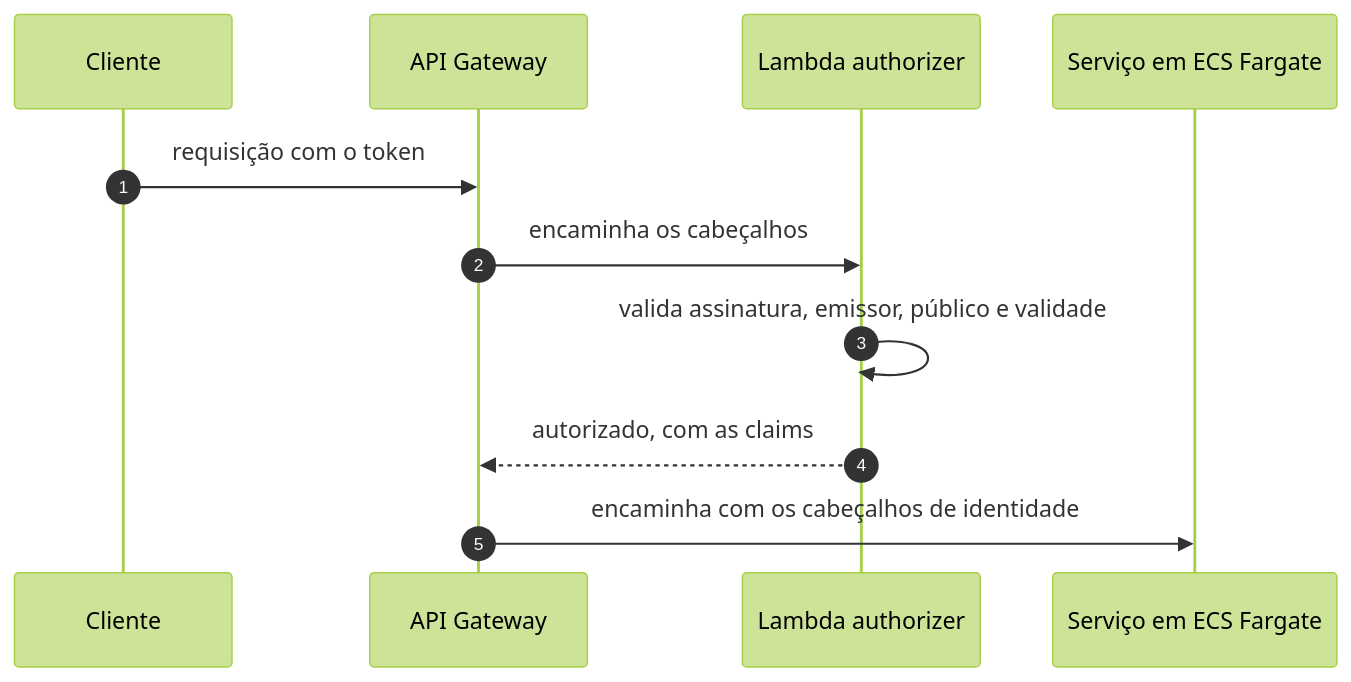
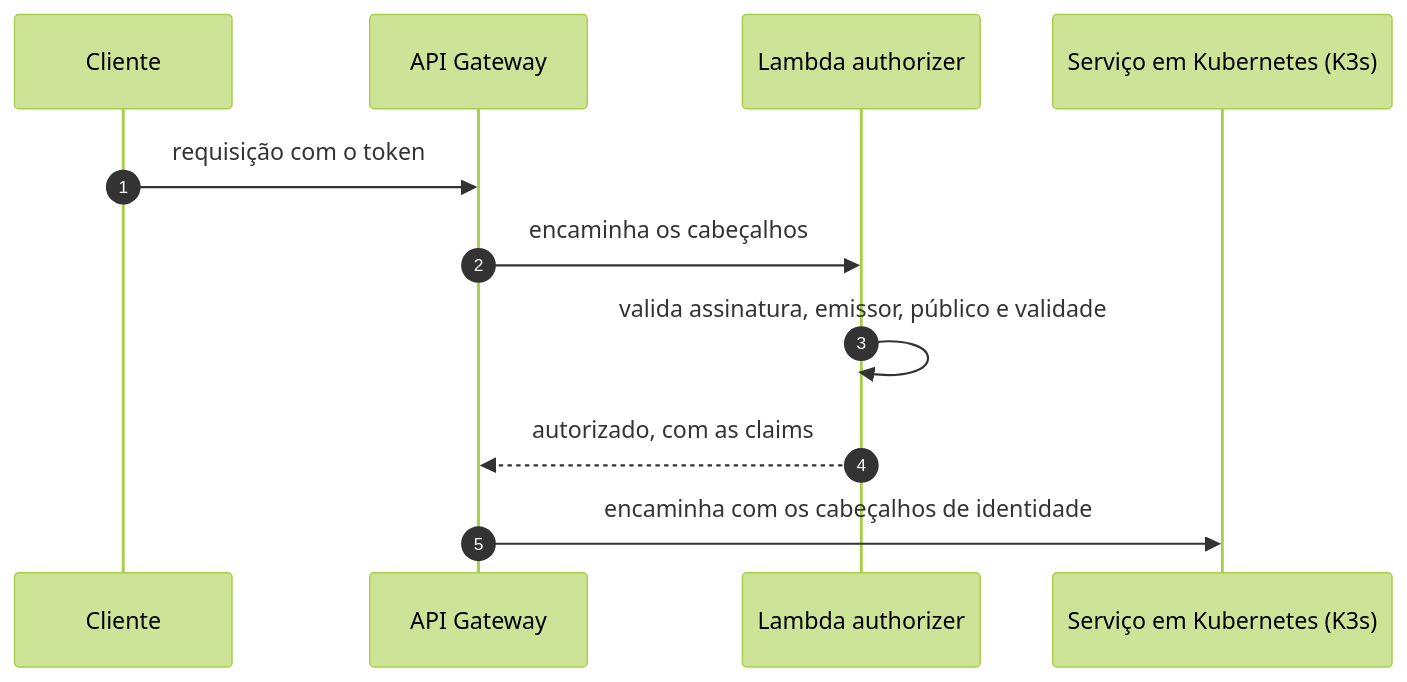
Before and after one commit to fabianorodrigues/oficina-auth-lambda-fiap-fase4: the second of 2 diagrams in README.md, drawn with Mermaid (forest theme). The commit also changed other lines of this file, not shown here.

````diff
--- a/README.md
+++ b/README.md
@@ -98,14 +98,14 @@
 ```mermaid
 sequenceDiagram
     autonumber
     participant C as Cliente
     participant G as API Gateway
     participant A as Lambda authorizer
-    participant B as Serviço em ECS Fargate
+    participant B as Serviço em Kubernetes (K3s)
 
     C->>G: requisição com o token
     G->>A: encaminha os cabeçalhos
     A->>A: valida assinatura, emissor, público e validade
     A-->>G: autorizado, com as claims
     G->>B: encaminha com os cabeçalhos de identidade
 ```
````
